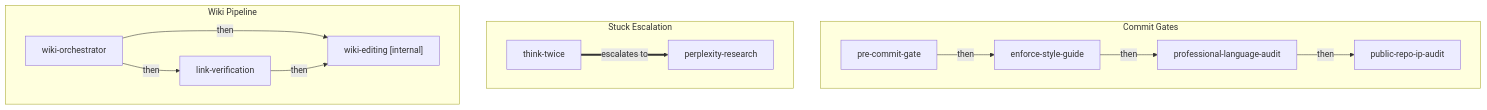
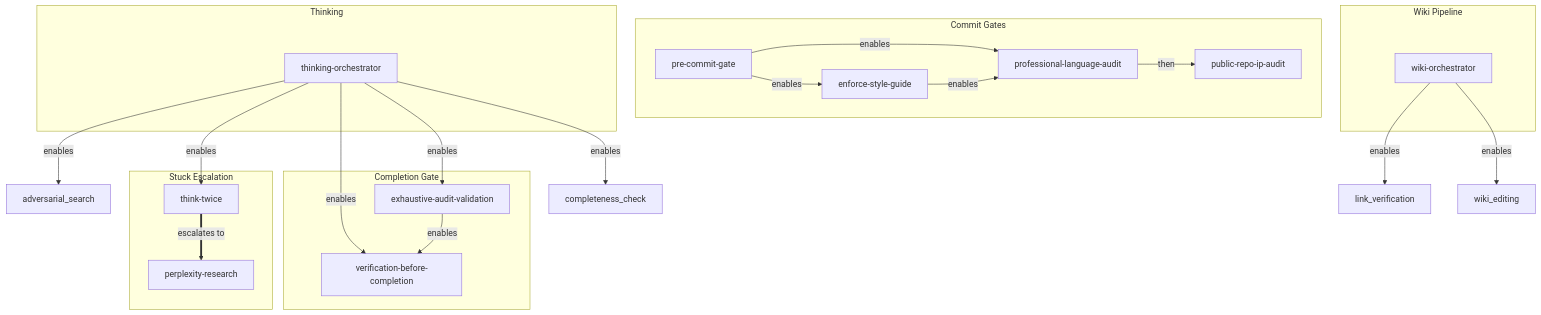
One commit to bordenet/superpowers-plus changed the diagram in docs/skill-dependency-graph.md. Above: the diagram before and after it, drawn with Mermaid. The commit also changed other lines of this file and 125 other files, not shown here.

````diff
--- a/docs/skill-dependency-graph.md
+++ b/docs/skill-dependency-graph.md
@@ -10,28 +10,41 @@
 ```mermaid
 graph TD
   subgraph commit-gates["Commit Gates"]
     pre_commit_gate["pre-commit-gate"]
     enforce_style_guide["enforce-style-guide"]
     professional_language_audit["professional-language-audit"]
     public_repo_ip_audit["public-repo-ip-audit"]
   end
 
+  subgraph completion-gate["Completion Gate"]
+    exhaustive_audit_validation["exhaustive-audit-validation"]
+    verification_before_completion["verification-before-completion"]
+  end
+
   subgraph stuck-escalation["Stuck Escalation"]
     think_twice["think-twice"]
     perplexity_research["perplexity-research"]
   end
 
+  subgraph thinking["Thinking"]
+    thinking_orchestrator["thinking-orchestrator"]
+  end
+
   subgraph wiki-pipeline["Wiki Pipeline"]
     wiki_orchestrator["wiki-orchestrator"]
-    link_verification["link-verification"]
-    wiki_editing["wiki-editing [internal]"]
   end
 
-  pre_commit_gate -->|then| enforce_style_guide
+  pre_commit_gate -->|enables| enforce_style_guide
+  pre_commit_gate -->|enables| professional_language_audit
+  exhaustive_audit_validation -->|enables| verification_before_completion
+  enforce_style_guide -->|enables| professional_language_audit
   think_twice ==>|escalates to| perplexity_research
+  thinking_orchestrator -->|enables| adversarial_search
+  thinking_orchestrator -->|enables| think_twice
+  thinking_orchestrator -->|enables| verification_before_completion
+  thinking_orchestrator -->|enables| exhaustive_audit_validation
+  thinking_orchestrator -->|enables| completeness_check
   professional_language_audit -->|then| public_repo_ip_audit
-  wiki_orchestrator -->|then| link_verification
-  wiki_orchestrator -->|then| wiki_editing
-  link_verification -->|then| wiki_editing
-  enforce_style_guide -->|then| professional_language_audit
+  wiki_orchestrator -->|enables| link_verification
+  wiki_orchestrator -->|enables| wiki_editing
 ```
````
